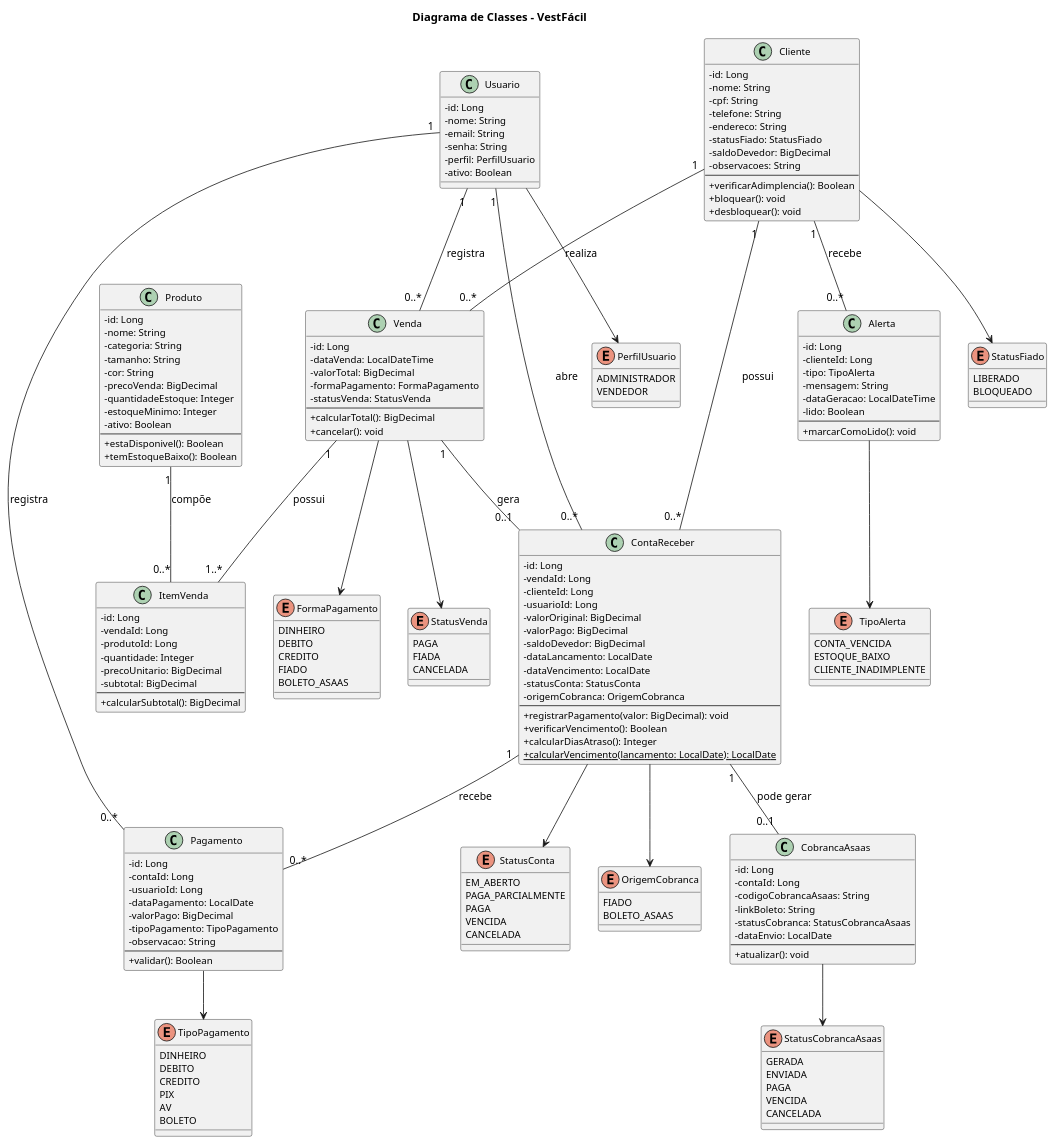
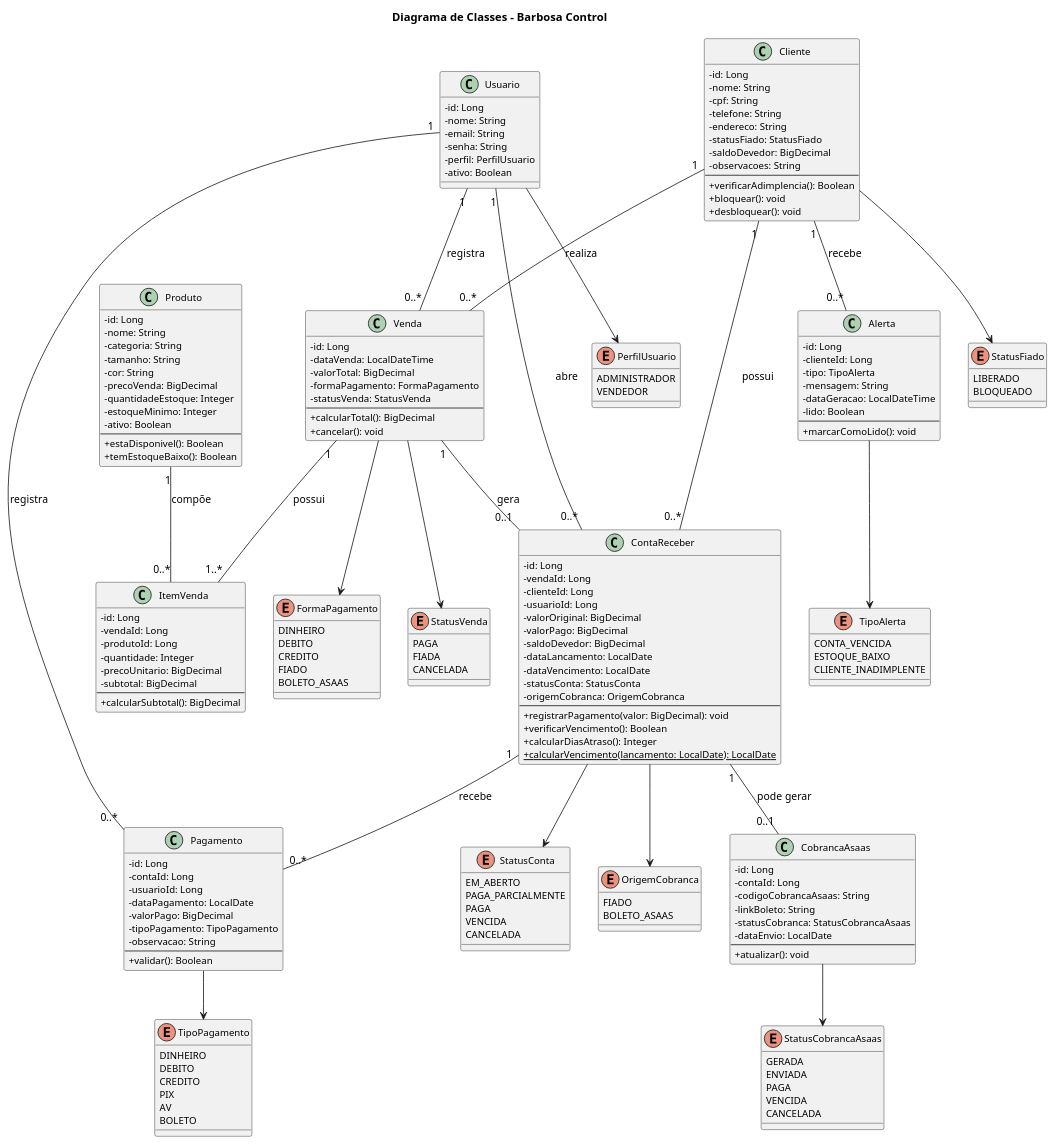
Before and after one commit to Erickguedesc/BarbosaControl-ProjetoSoftware: the diagram in docs/diagrama-classes.puml, drawn with PlantUML.

Commit message:
Update class diagram for Barbosa Control

```diff
--- a/docs/diagrama-classes.puml
+++ b/docs/diagrama-classes.puml
@@ -1,5 +1,5 @@
 @startuml
-title Diagrama de Classes - VestFácil
+title Diagrama de Classes - Barbosa Control
 
 skinparam classAttributeIconSize 0
 skinparam classFontSize 13
```
